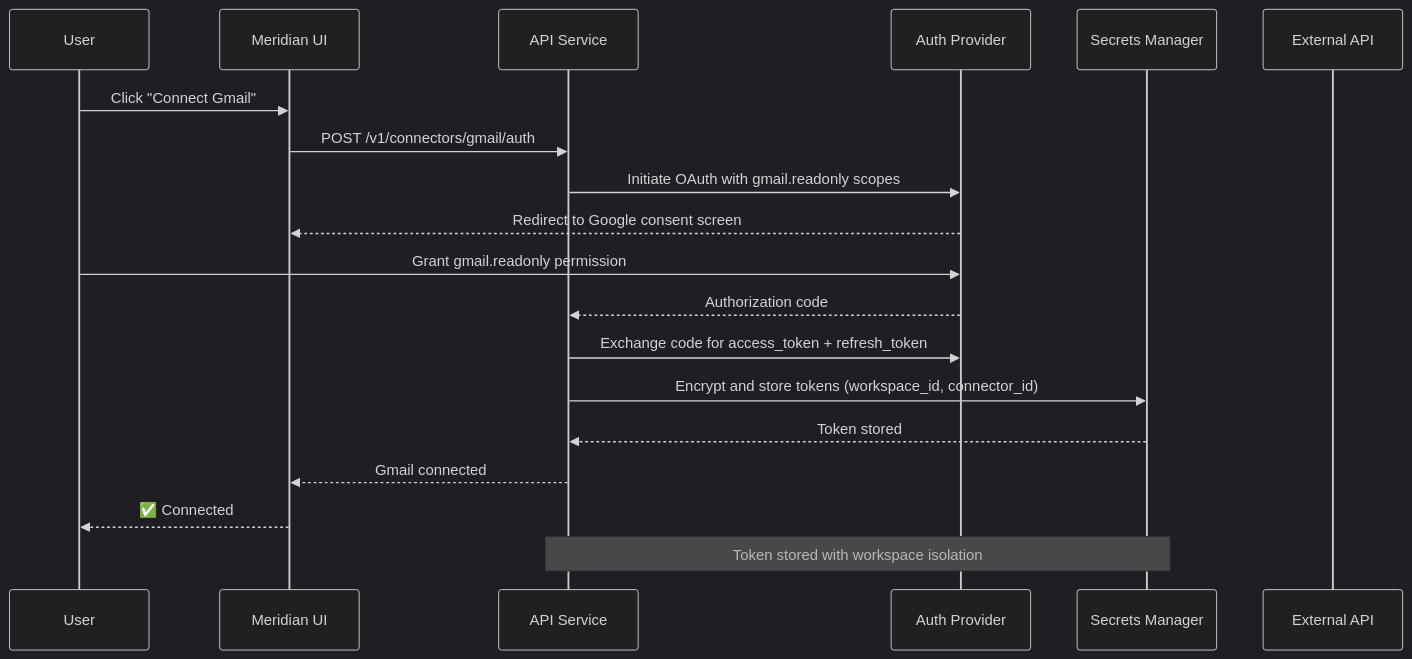
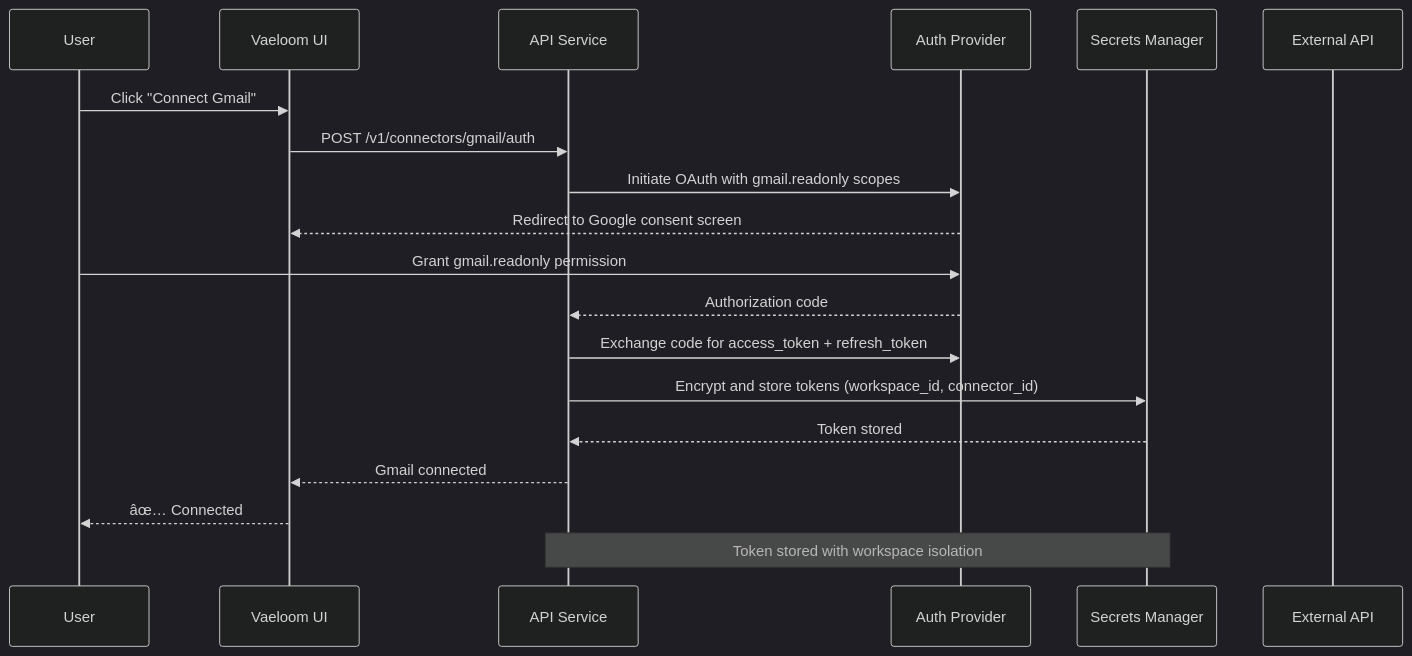
One commit to Driftloom/Vaeloom changed the second of 2 diagrams in Docs/Backend/Connectors.md. Above: the diagram before and after it, drawn with Mermaid (dark theme). The commit also changed other lines of this file and 249 other files, not shown here.

Commit message:
Rename all references from Meridian to Vaeloom across docs, scripts, and config

````diff
--- a/Docs/Backend/Connectors.md
+++ b/Docs/Backend/Connectors.md
@@ -228,23 +228,23 @@
 ```mermaid
 sequenceDiagram
     participant User as User
-    participant UI as Meridian UI
+    participant UI as Vaeloom UI
     participant API as API Service
     participant Auth as Auth Provider
     participant SM as Secrets Manager
     participant External as External API
 
     User->>UI: Click "Connect Gmail"
     UI->>API: POST /v1/connectors/gmail/auth
     API->>Auth: Initiate OAuth with gmail.readonly scopes
     Auth-->>UI: Redirect to Google consent screen
     User->>Auth: Grant gmail.readonly permission
     Auth-->>API: Authorization code
     API->>Auth: Exchange code for access_token + refresh_token
     API->>SM: Encrypt and store tokens (workspace_id, connector_id)
     SM-->>API: Token stored
     API-->>UI: Gmail connected
-    UI-->>User: ✅ Connected
+    UI-->>User: âœ… Connected
 
     Note over API,SM: Token stored with workspace isolation
 ```
````
